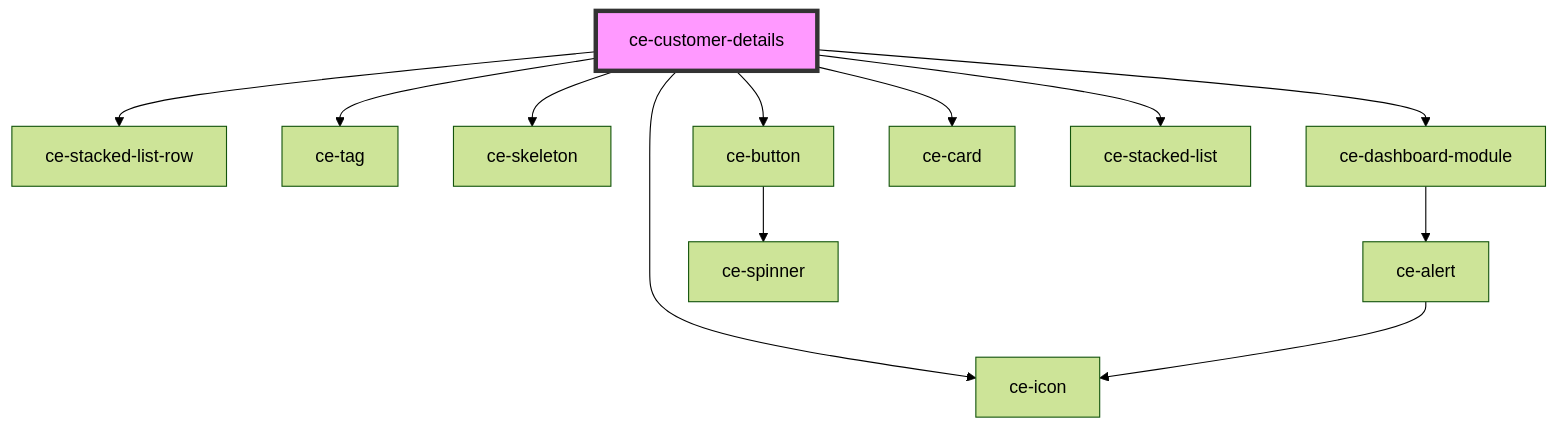
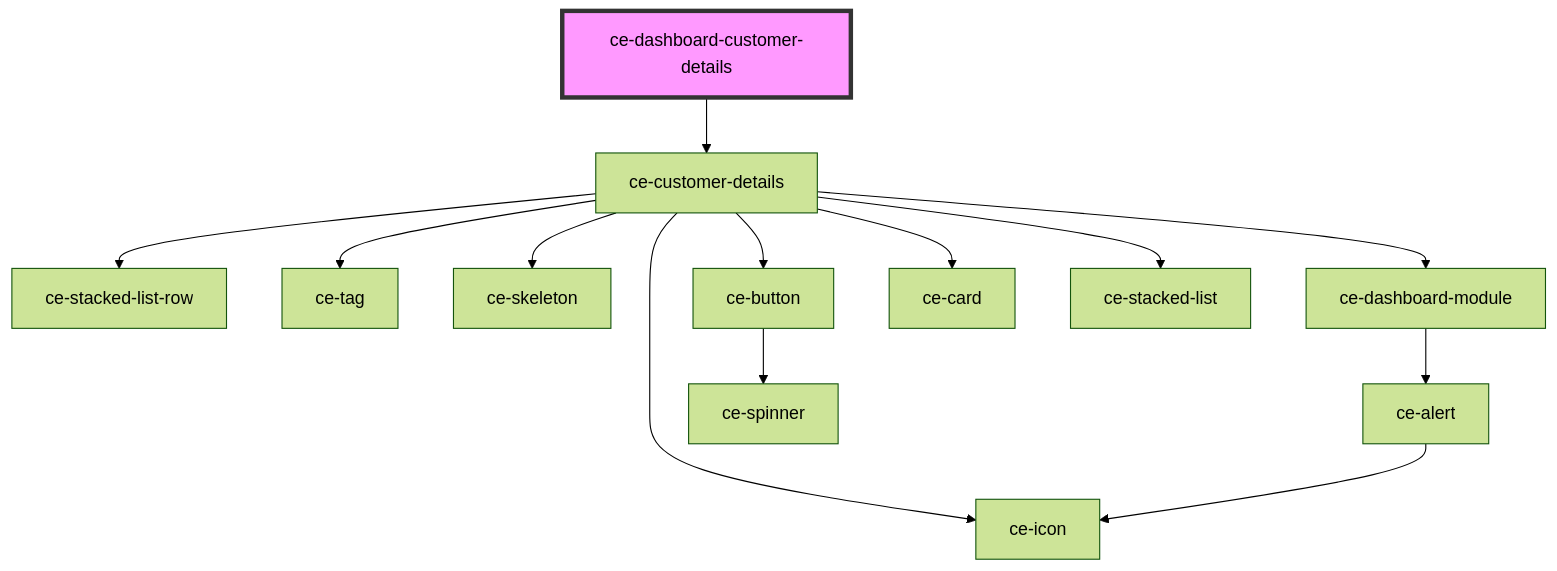
One commit to surecart/surecart-wp-plugin changed the diagram in packages/components/src/components/controllers/dashboard/customer-details/readme.md. Above: the diagram before and after it, drawn with Mermaid (forest theme). The commit also changed other lines of this file and 324 other files, not shown here.

````diff
--- a/packages/components/src/components/controllers/dashboard/customer-details/readme.md
+++ b/packages/components/src/components/controllers/dashboard/customer-details/readme.md
@@ -30,15 +23,16 @@
 ```mermaid
 graph TD;
+  ce-dashboard-customer-details --> ce-customer-details
   ce-customer-details --> ce-stacked-list-row
   ce-customer-details --> ce-tag
   ce-customer-details --> ce-skeleton
   ce-customer-details --> ce-dashboard-module
   ce-customer-details --> ce-button
   ce-customer-details --> ce-icon
   ce-customer-details --> ce-card
   ce-customer-details --> ce-stacked-list
   ce-dashboard-module --> ce-alert
   ce-alert --> ce-icon
   ce-button --> ce-spinner
-  style ce-customer-details fill:#f9f,stroke:#333,stroke-width:4px
+  style ce-dashboard-customer-details fill:#f9f,stroke:#333,stroke-width:4px
 ```
````
